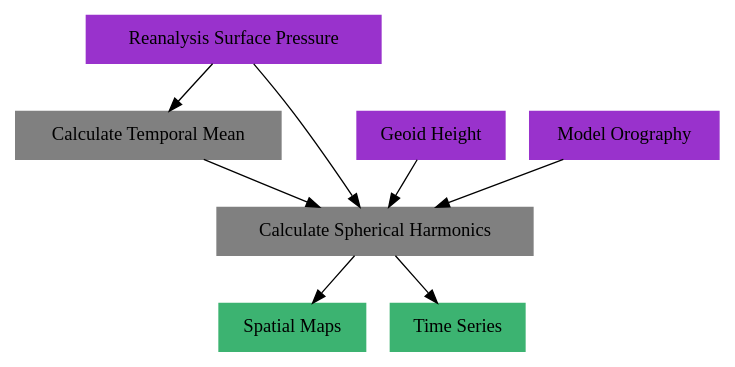
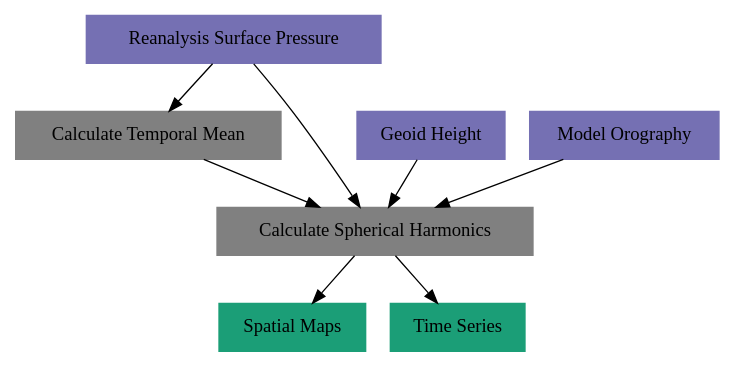
One commit to tsutterley/model-harmonics changed the third of 5 diagrams in doc/source/getting_started/Overview.rst. Above: the diagram before and after it, drawn with Graphviz. The commit also changed other lines of this file and 6 other files, not shown here.

```diff
--- a/doc/source/getting_started/Overview.rst
+++ b/doc/source/getting_started/Overview.rst
@@ -157,24 +157,24 @@
 .. graphviz::
     :caption: Reanalysis Spherical Harmonics with Two-Dimensional Geometry Framework
     :align: center
 
     digraph {
-        E [label="Reanalysis Surface Pressure" shape=box style="filled" color="darkorchid"]
-        N [label="Geoid Height" shape=box style="filled" color="darkorchid"]
-        O [label="Model Orography" shape=box style="filled" color="darkorchid"]
+        E [label="Reanalysis Surface Pressure" shape=box style="filled" color="#7570b3"]
+        N [label="Geoid Height" shape=box style="filled" color="#7570b3"]
+        O [label="Model Orography" shape=box style="filled" color="#7570b3"]
         M [URL="https://github.com/tsutterley/model-harmonics/blob/main/GLDAS/reanalysis_mean_pressure.py"
             label="Calculate Temporal Mean" shape=box style="filled" color="gray"]
         H [URL="https://github.com/tsutterley/model-harmonics/blob/main/GLDAS/reanalysis_pressure_harmonics.py"
             label="Calculate Spherical Harmonics" shape=box style="filled" color="gray"]
-        S [URL="https://github.com/tsutterley/read-GRACE-harmonics/blob/main/scripts/combine_harmonics.py"
-            label="Spatial Maps" shape=box style="filled" color="mediumseagreen"]
+        S [URL="https://github.com/tsutterley/gravity-toolkit/blob/main/scripts/combine_harmonics.py"
+            label="Spatial Maps" shape=box style="filled" color="#1b9e77"]
         T [URL="https://github.com/tsutterley/model-harmonics/blob/main/scripts/least_squares_mascon_timeseries.py"
-            label="Time Series" shape=box style="filled" color="mediumseagreen"]
+            label="Time Series" shape=box style="filled" color="#1b9e77"]
         E -> M
         M -> H
         E -> H
         N -> H
         O -> H
         H -> S
         H -> T
     }
```
